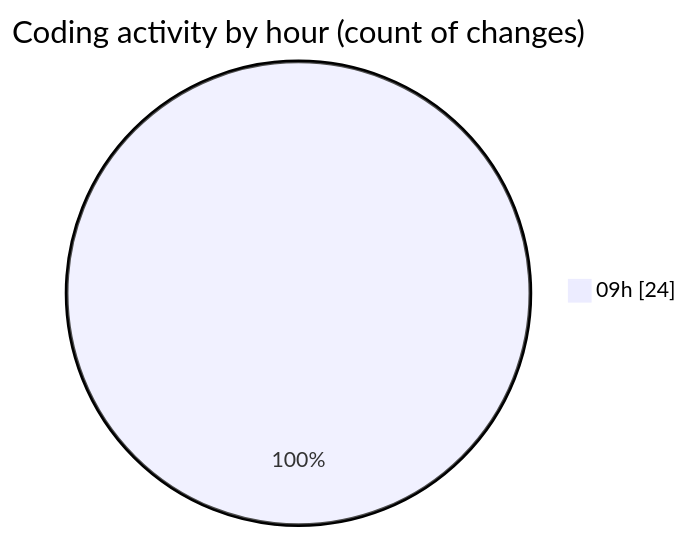
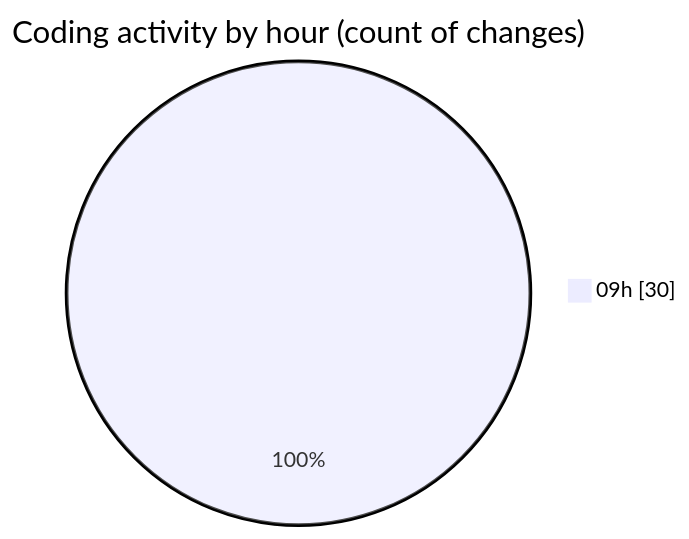
One commit to momahboobian/code-tracking changed the second of 2 diagrams in 2025-03-05/cda/README.md. Above: the diagram before and after it, drawn with Mermaid. The commit also changed other lines of this file and 1 other file, not shown here.

````diff
--- a/2025-03-05/cda/README.md
+++ b/2025-03-05/cda/README.md
@@ -35,5 +38,5 @@
 ```mermaid
 pie showData
 title Coding activity by hour (count of changes)
-"09h" : 24
+"09h" : 30
 ```
````
